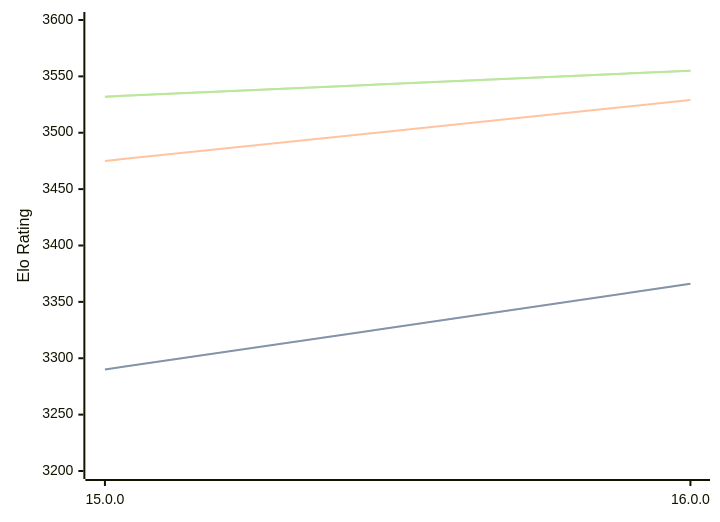
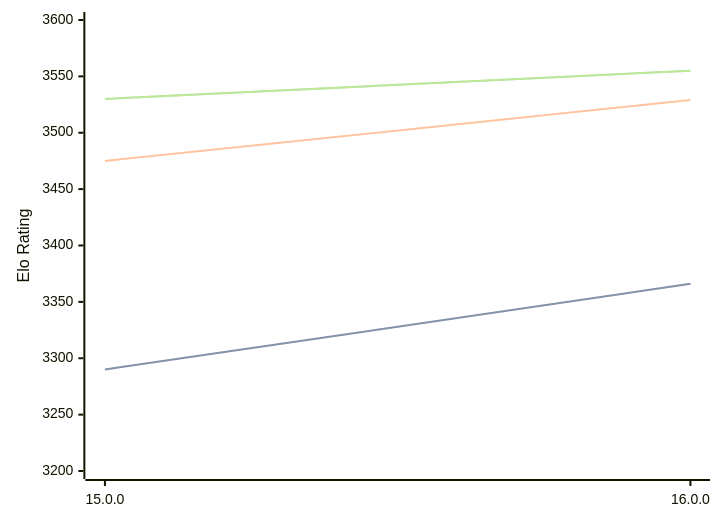
The diagram in engines/Halogen.md (computer-chess-index/cci), drawn with Mermaid before and after one commit. The commit also changed other lines of this file, not shown here.

Commit message:
Update CCI Ratings (ELO VLTC) - 2026-09-12

````diff
--- a/engines/Halogen.md
+++ b/engines/Halogen.md
@@ -32,11 +32,11 @@
 ```mermaid
 %%{init: {"theme":"base","themeVariables":{"seriesColors:['#a3a3a3','#222221','#faa371']}}}%%
 xychart-beta
   x-axis ["15.0.0", "16.0.0"]
   y-axis "Elo Rating" 3200 --> 3600
   line "" [3290, 3366]
   line "STC (8.0+0.08s)" [3290, 3366]
   line "LTC (60.0+0.60s)" [3475, 3529]
-  line "" [3532, 3555]
-  line "VLTC (2m24s+1.12s)" [3532, 3555]
+  line "" [3530, 3555]
+  line "VLTC (2m24s+1.12s)" [3530, 3555]
 ```
````
